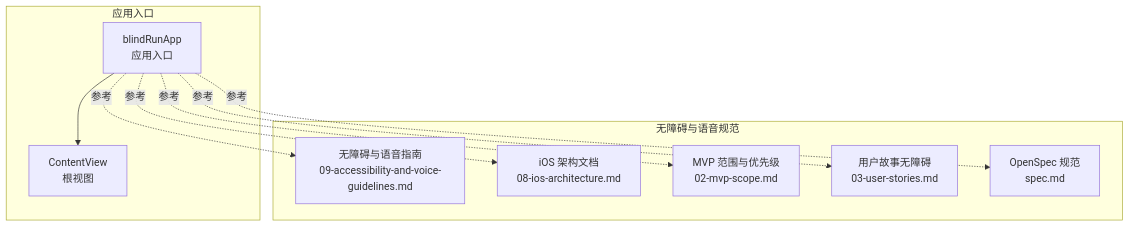
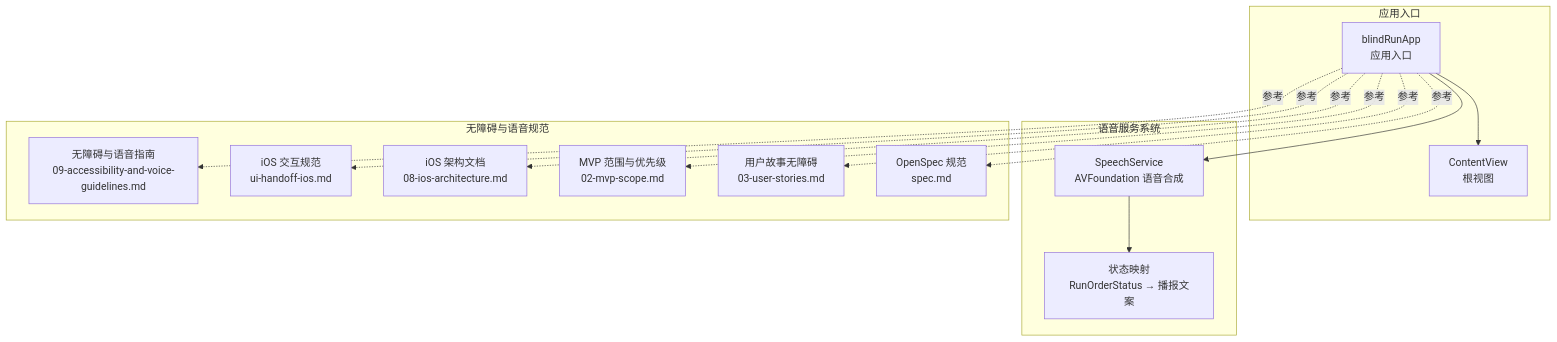
The first of 7 diagrams in .qoder/repowiki/zh/content/架构设计/无障碍集成设计.md (Jayden23018/blind-run-ios), drawn with Mermaid before and after one commit. The commit also changed other lines of this file and 35 other files, not shown here.

Commit message:
Implement backend auth and role-switch flow

````diff
--- a/.qoder/repowiki/zh/content/架构设计/无障碍集成设计.md
+++ b/.qoder/repowiki/zh/content/架构设计/无障碍集成设计.md
@@ -34,20 +45,28 @@
 ```mermaid
 graph TB
 subgraph "应用入口"
 App["blindRunApp<br/>应用入口"]
 RootView["ContentView<br/>根视图"]
 end
+subgraph "语音服务系统"
+SpeechSvc["SpeechService<br/>AVFoundation 语音合成"]
+StatusMapping["状态映射<br/>RunOrderStatus → 播报文案"]
+end
 subgraph "无障碍与语音规范"
 Guideline["无障碍与语音指南<br/>09-accessibility-and-voice-guidelines.md"]
+UIHandoff["iOS 交互规范<br/>ui-handoff-ios.md"]
 ArchDoc["iOS 架构文档<br/>08-ios-architecture.md"]
 Scope["MVP 范围与优先级<br/>02-mvp-scope.md"]
 Stories["用户故事无障碍<br/>03-user-stories.md"]
 Spec["OpenSpec 规范<br/>spec.md"]
 end
 App --> RootView
+App --> SpeechSvc
+SpeechSvc --> StatusMapping
 App -.参考.-> Guideline
+App -.参考.-> UIHandoff
 App -.参考.-> ArchDoc
 App -.参考.-> Scope
 App -.参考.-> Stories
 App -.参考.-> Spec
 ```
````
